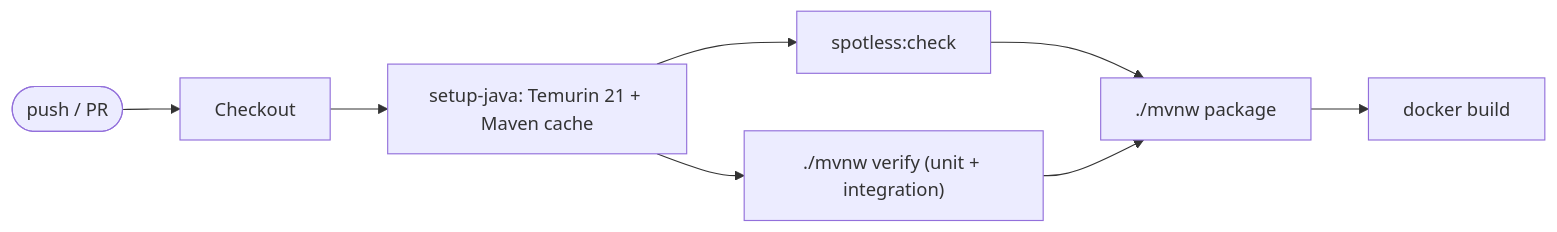
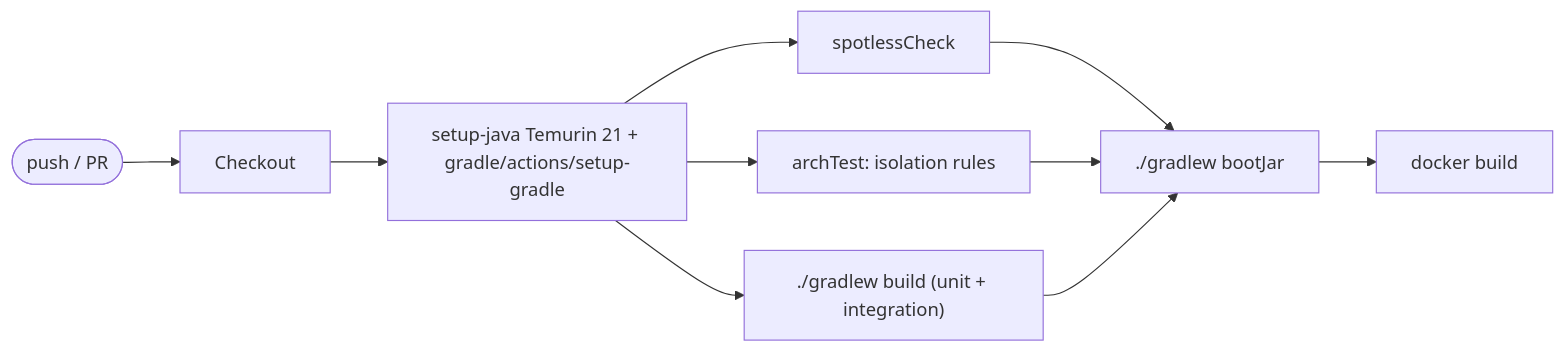
One commit to vishalkr07/llm-shadow-proxy changed the diagram in docs/plan/04-operations.md. Above: the diagram before and after it, drawn with Mermaid. The commit also changed other lines of this file and 21 other files, not shown here.

````diff
--- a/docs/plan/04-operations.md
+++ b/docs/plan/04-operations.md
@@ -101,10 +156,12 @@
 ```mermaid
 flowchart LR
   Push([push / PR]) --> Checkout
-  Checkout --> Setup["setup-java: Temurin 21 + Maven cache"]
-  Setup --> Format["spotless:check"]
-  Setup --> Verify["./mvnw verify (unit + integration)"]
-  Format --> Package["./mvnw package"]
+  Checkout --> Setup["setup-java Temurin 21 + gradle/actions/setup-gradle"]
+  Setup --> Format["spotlessCheck"]
+  Setup --> Arch["archTest: isolation rules"]
+  Setup --> Verify["./gradlew build (unit + integration)"]
+  Format --> Package["./gradlew bootJar"]
+  Arch --> Package
   Verify --> Package
   Package --> Image["docker build"]
 ```
````
